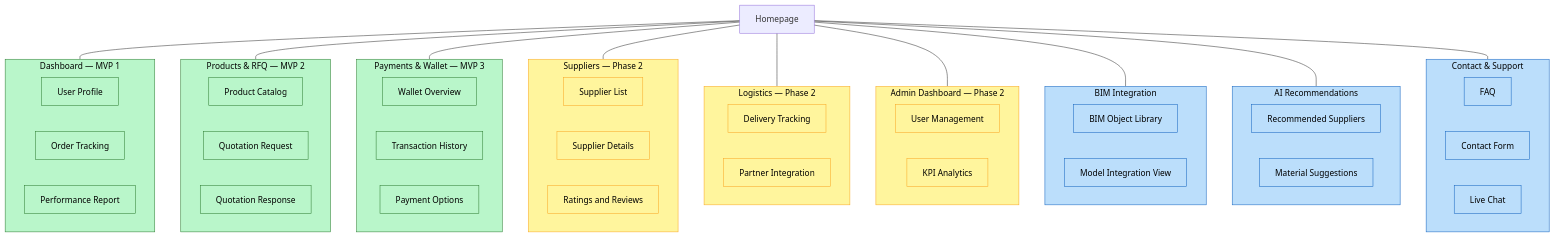
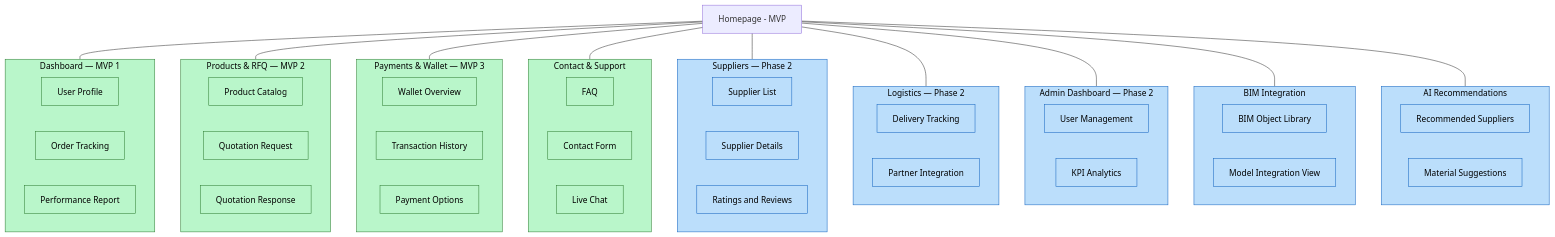
One commit to Dopee0508/boombridge changed the first of 2 diagrams in README.md. Above: the diagram before and after it, drawn with Mermaid. The commit also changed other lines of this file, not shown here.

````diff
--- a/README.md
+++ b/README.md
@@ -8,10 +7,10 @@
 
 %% =========================
 %% BOOMBRIDGE Website Sitemap (priority-ordered + color-coded)
-%% High = MVP (green) | Medium = Phase 2 (yellow) | Low = Future (blue)
+%% High = MVP (green) | Low = Future (blue)
 %% =========================
 
-A[Homepage]
+A[Homepage - MVP]
 
 %% --- MVP (High) ---
 subgraph B[Dashboard — MVP 1]
@@ -26,55 +25,55 @@
   C3[Quotation Response]
 end
 
-subgraph E[Payments & Wallet — MVP 3]
-  E1[Wallet Overview]
-  E2[Transaction History]
-  E3[Payment Options]
+subgraph D[Payments & Wallet — MVP 3]
+  D1[Wallet Overview]
+  D2[Transaction History]
+  D3[Payment Options]
+end
+
+subgraph E[Contact & Support]
+  E1[FAQ]
+  E2[Contact Form]
+  E3[Live Chat]
 end
 
 %% --- Phase 2 (Medium) ---
-subgraph D[Suppliers — Phase 2]
-  D1[Supplier List]
-  D2[Supplier Details]
-  D3[Ratings and Reviews]
+subgraph F[Suppliers — Phase 2]
+  F1[Supplier List]
+  F2[Supplier Details]
+  F3[Ratings and Reviews]
 end
 
-subgraph L[Logistics — Phase 2]
-  L1[Delivery Tracking]
-  L2[Partner Integration]
+subgraph G[Logistics — Phase 2]
+  G1[Delivery Tracking]
+  G2[Partner Integration]
 end
 
-subgraph G[Admin Dashboard — Phase 2]
-  G1[User Management]
-  G2[KPI Analytics]
+subgraph H[Admin Dashboard — Phase 2]
+  H1[User Management]
+  H2[KPI Analytics]
 end
 
 %% --- Future (Low) ---
-subgraph F[BIM Integration]
-  F1[BIM Object Library]
-  F2[Model Integration View]
+subgraph I[BIM Integration]
+  I1[BIM Object Library]
+  I2[Model Integration View]
 end
 
-subgraph H[AI Recommendations]
-  H1[Recommended Suppliers]
-  H2[Material Suggestions]
-end
-
-subgraph J[Contact & Support]
-  J1[FAQ]
-  J2[Contact Form]
-  J3[Live Chat]
+subgraph J[AI Recommendations]
+  J1[Recommended Suppliers]
+  J2[Material Suggestions]
 end
 
 %% Top-level links from Homepage (kept light; subgraphs show containment)
 A --- B
 A --- C
+A --- D
 A --- E
-A --- D
-A --- L
+A --- F
 A --- G
-A --- F
 A --- H
+A --- I
 A --- J
 
 %% =========================
@@ -85,11 +84,9 @@
 classDef low    fill:#bbdefb,stroke:#1565c0,stroke-width:1px,color:#000;
 
 %% Apply to section headers (and their inner nodes for broader effect)
-class B,C,E high;
-class D,L,G medium;
-class F,H,J low;
+class B,C,D,E high;
+class F,G,H,I,J low;
 
-class B1,B2,B3,C1,C2,C3,E1,E2,E3 high;
-class D1,D2,D3,L1,L2,G1,G2 medium;
-class F1,F2,H1,H2,J1,J2,J3 low;
+class B1,B2,B3,C1,C2,C3,D1,D2,D3,E1,E2,E3 high;
+class F1,F2,F3,G1,G2,H1,H2,I1,I2,J1,J2 low;
 ```
````
